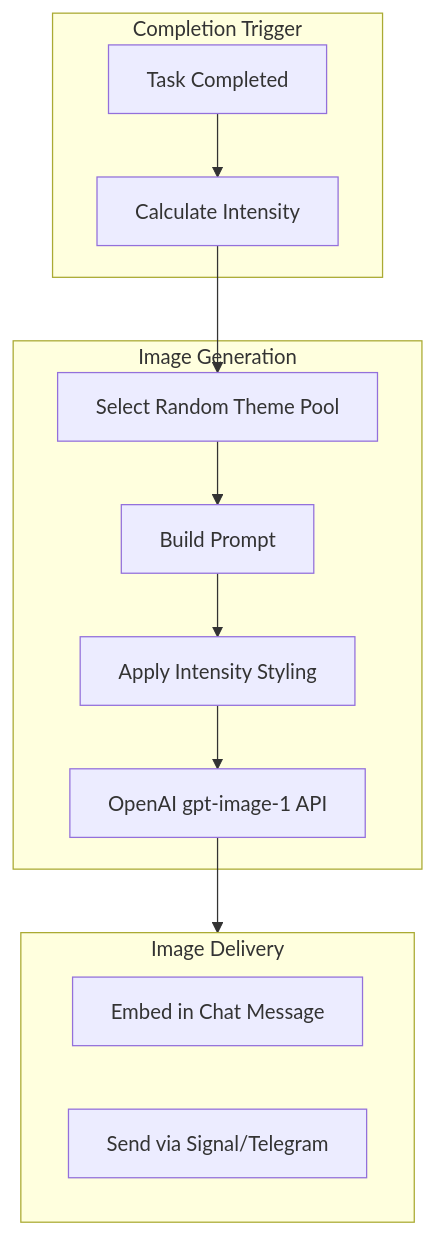
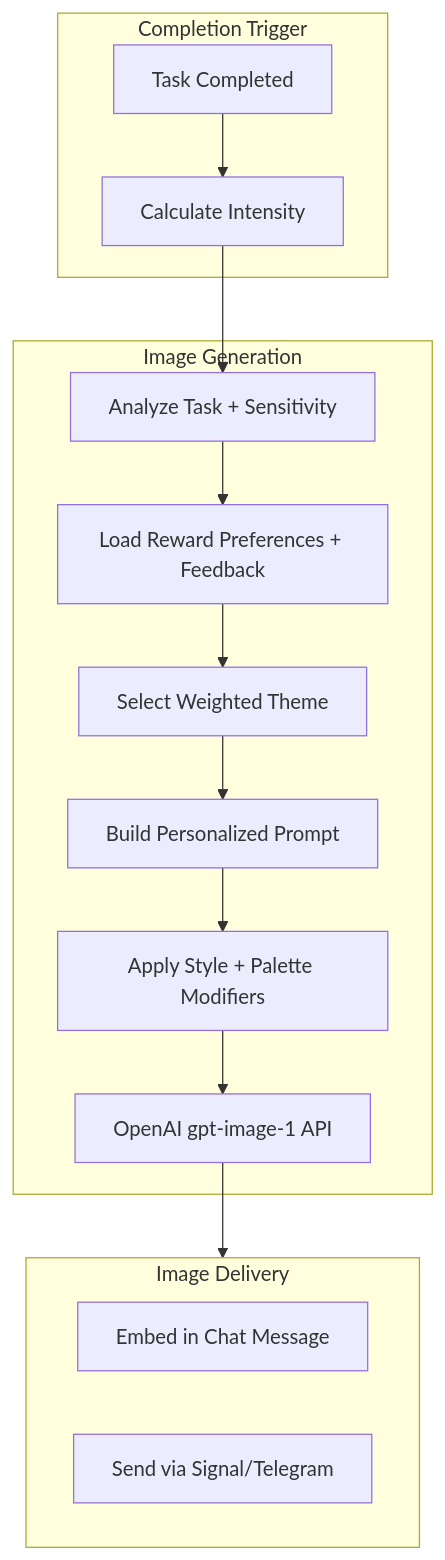
Before and after one commit to NickBorgersProbably/hide-my-list: the fifth of 18 diagrams in docs/reward-system.md, drawn with Mermaid. The commit also changed other lines of this file and 2 other files, not shown here.

Commit message:
Personalize reward image generation

````diff
--- a/docs/reward-system.md
+++ b/docs/reward-system.md
@@ -215,26 +215,30 @@
 ```mermaid
 flowchart TD
     subgraph Trigger["Completion Trigger"]
         Complete[Task Completed]
         Intensity[Calculate Intensity]
     end
 
     subgraph Generation["Image Generation"]
-        Theme[Select Random Theme Pool]
-        Prompt[Build Prompt]
-        Style[Apply Intensity Styling]
+        Analyze[Analyze Task + Sensitivity]
+        Prefs[Load Reward Preferences + Feedback]
+        Theme[Select Weighted Theme]
+        Prompt[Build Personalized Prompt]
+        Style[Apply Style + Palette Modifiers]
         Generate[OpenAI gpt-image-1 API]
     end
 
     subgraph Delivery["Image Delivery"]
         Chat[Embed in Chat Message]
         Signal[Send via Signal/Telegram]
     end
 
     Complete --> Intensity
-    Intensity --> Theme
+    Intensity --> Analyze
+    Analyze --> Prefs
+    Prefs --> Theme
     Theme --> Prompt
     Prompt --> Style
     Style --> Generate
     Generate --> Delivery
 ```
````
